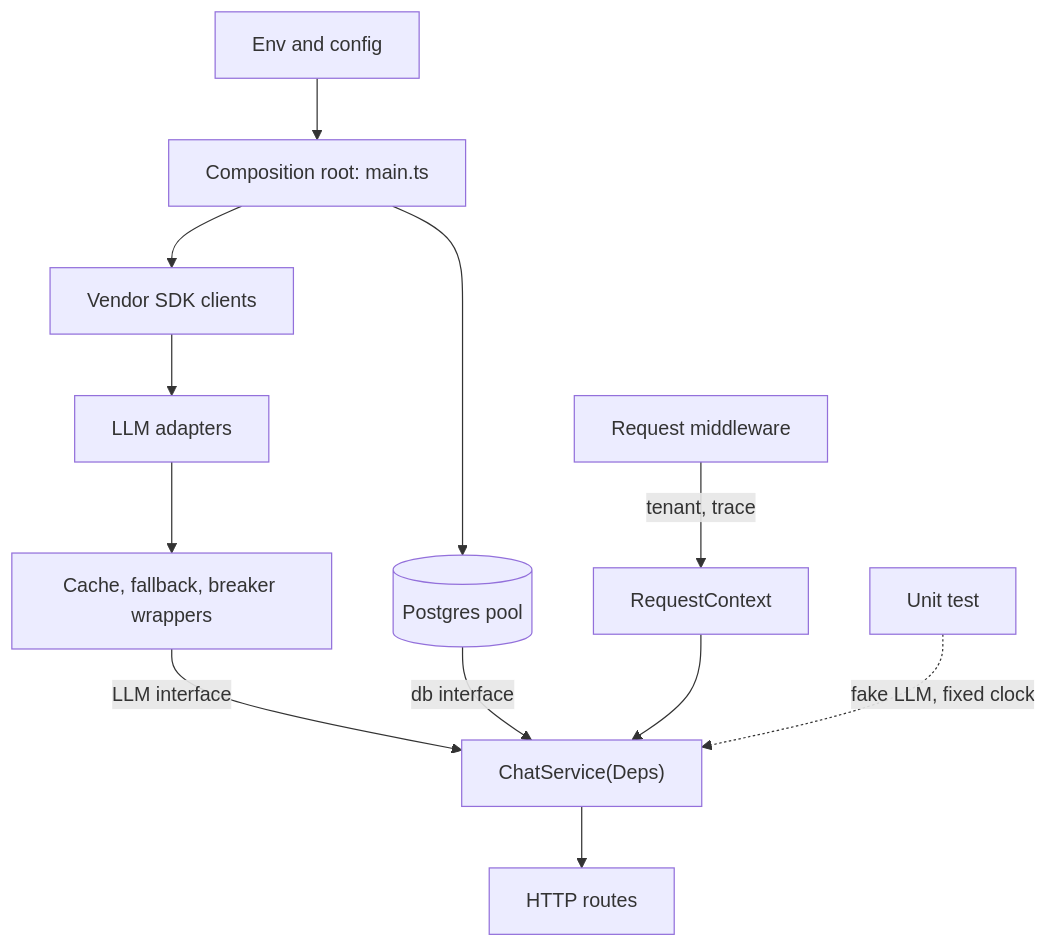
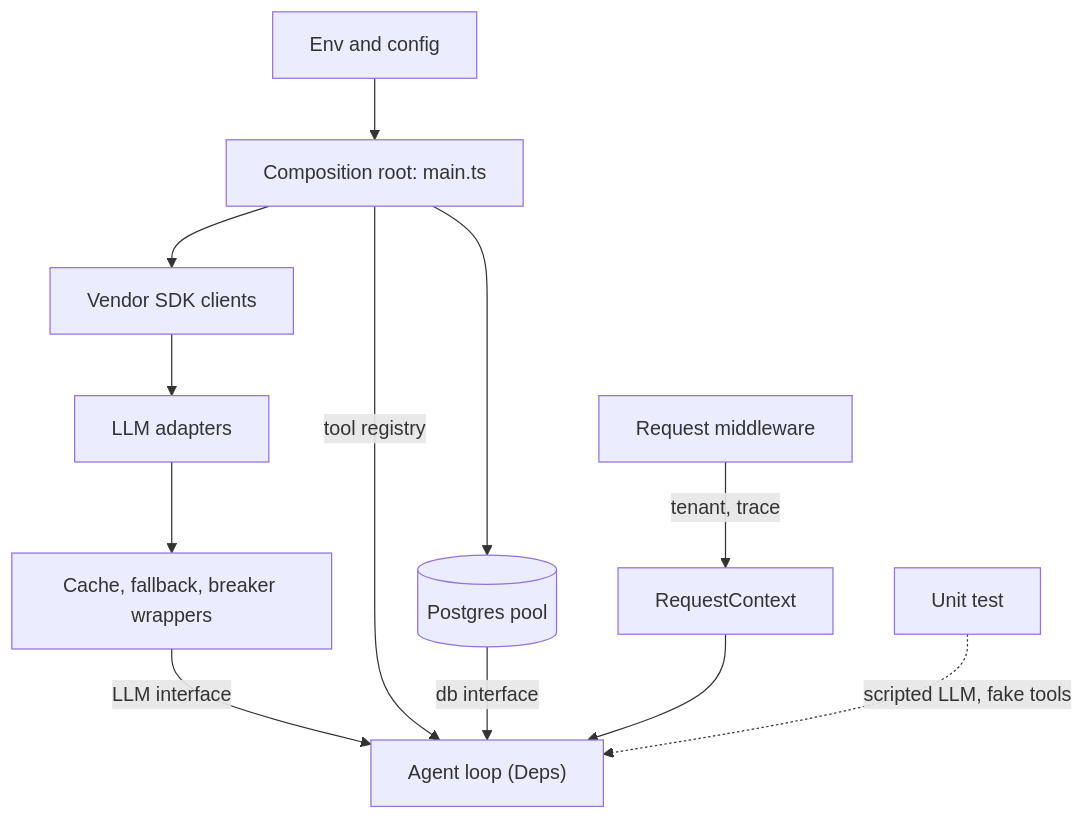
Before and after one commit to lovishmahajan97/agentic-learning: the diagram in content/node-ts-for-ai/dependency-injection.md, drawn with Mermaid. The commit also changed other lines of this file and 485 other files, not shown here.

````diff
--- a/content/node-ts-for-ai/dependency-injection.md
+++ b/content/node-ts-for-ai/dependency-injection.md
@@ -124,14 +140,14 @@
 ```mermaid
 flowchart TD
     ENV["Env and config"] --> ROOT["Composition root: main.ts"]
     ROOT --> POOL[("Postgres pool")]
     ROOT --> SDK["Vendor SDK clients"]
     SDK --> AD["LLM adapters"]
     AD --> DEC["Cache, fallback, breaker wrappers"]
-    DEC -->|"LLM interface"| SVC["ChatService(Deps)"]
+    DEC -->|"LLM interface"| SVC["Agent loop (Deps)"]
+    ROOT -->|"tool registry"| SVC
     POOL -->|"db interface"| SVC
     MW["Request middleware"] -->|"tenant, trace"| CTX["RequestContext"]
     CTX --> SVC
-    SVC --> R["HTTP routes"]
-    T["Unit test"] -.->|"fake LLM, fixed clock"| SVC
+    T["Unit test"] -.->|"scripted LLM, fake tools"| SVC
 ```
````
